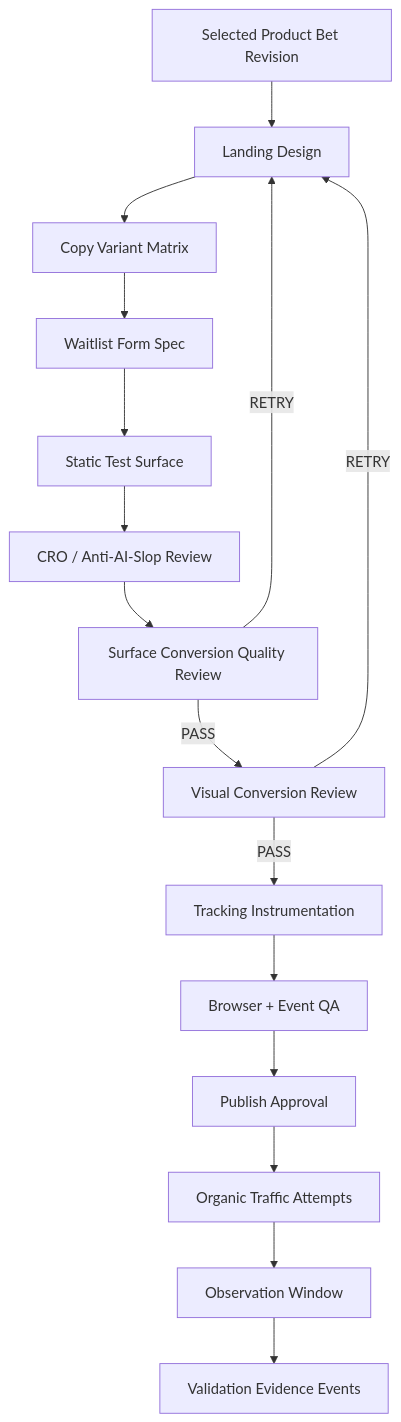
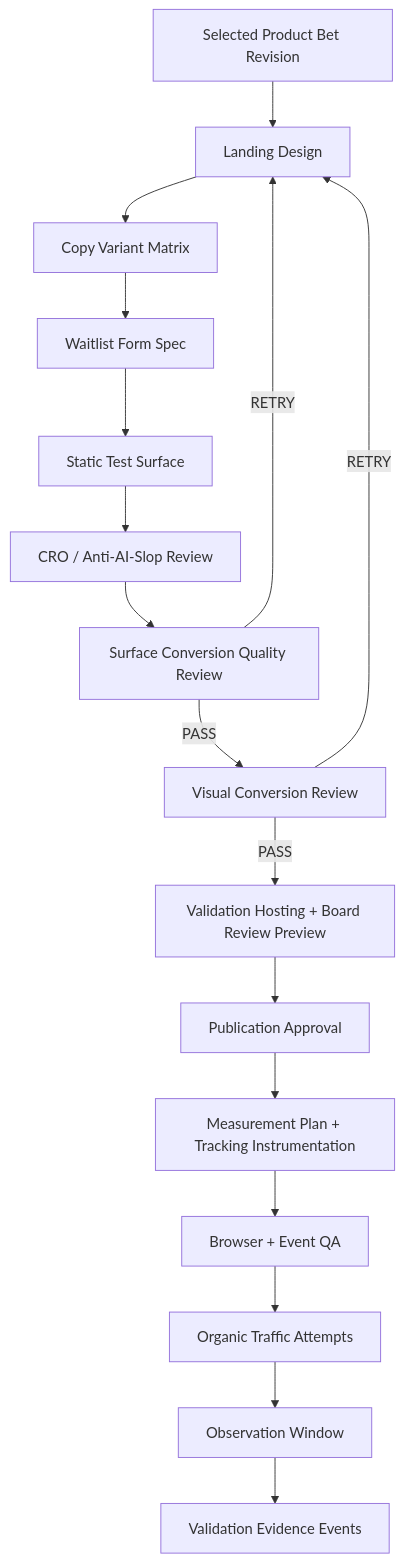
One commit to Vladick-Pick/Nohum-studio changed the diagram in docs/playbooks/product-bet-definition-playbook.md. Above: the diagram before and after it, drawn with Mermaid. The commit also changed other lines of this file and 9 other files, not shown here.

Commit message:
Align product bet visual gate sequence

````diff
--- a/docs/playbooks/product-bet-definition-playbook.md
+++ b/docs/playbooks/product-bet-definition-playbook.md
@@ -241,18 +255,19 @@
 ```mermaid
 flowchart TD
   A["Selected Product Bet Revision"] --> B["Landing Design"]
   B --> C["Copy Variant Matrix"]
   C --> D["Waitlist Form Spec"]
   D --> E["Static Test Surface"]
   E --> F["CRO / Anti-AI-Slop Review"]
   F --> Q["Surface Conversion Quality Review"]
   Q -->|"RETRY"| B
   Q -->|"PASS"| V["Visual Conversion Review"]
   V -->|"RETRY"| B
-  V -->|"PASS"| G["Tracking Instrumentation"]
+  V -->|"PASS"| P["Validation Hosting + Board Review Preview"]
+  P --> I["Publication Approval"]
+  I --> G["Measurement Plan + Tracking Instrumentation"]
   G --> H["Browser + Event QA"]
-  H --> I["Publish Approval"]
-  I --> J["Organic Traffic Attempts"]
+  H --> J["Organic Traffic Attempts"]
   J --> K["Observation Window"]
   K --> L["Validation Evidence Events"]
 ```
````
